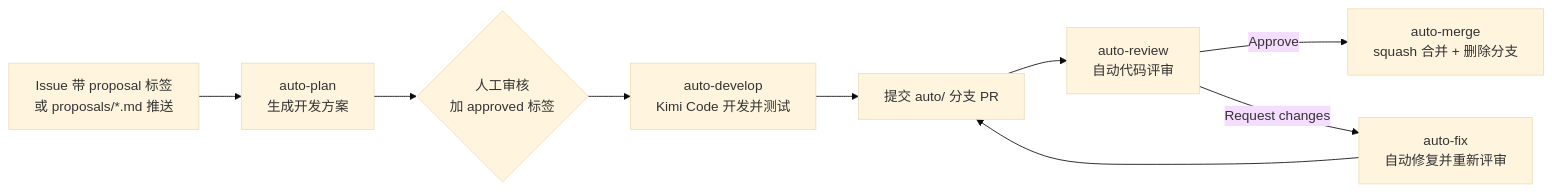
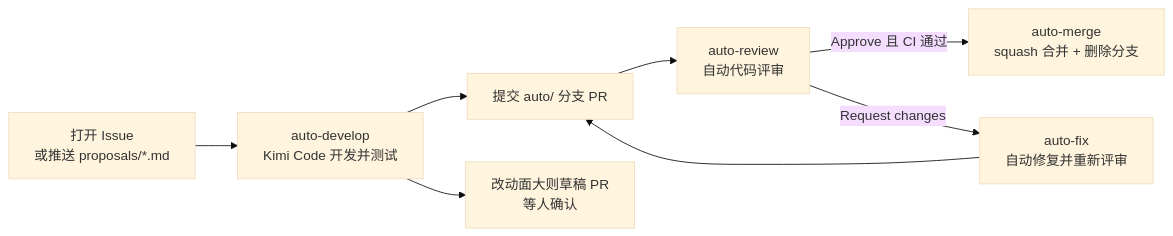
One commit to GD-SaiKen/IPQC changed the diagram in README.md. Above: the diagram before and after it, drawn with Mermaid (base theme). The commit also changed other lines of this file and 7 other files, not shown here.

````diff
--- a/README.md
+++ b/README.md
@@ -24,11 +24,10 @@
 ```mermaid
 flowchart LR
-    A[Issue 带 proposal 标签<br/>或 proposals/*.md 推送] --> B[auto-plan<br/>生成开发方案]
-    B --> C{人工审核<br/>加 approved 标签}
-    C --> D[auto-develop<br/>Kimi Code 开发并测试]
+    A[打开 Issue<br/>或推送 proposals/*.md] --> D[auto-develop<br/>Kimi Code 开发并测试]
     D --> E[提交 auto/ 分支 PR]
     E --> F[auto-review<br/>自动代码评审]
-    F -- Approve --> G[auto-merge<br/>squash 合并 + 删除分支]
+    F -- Approve 且 CI 通过 --> G[auto-merge<br/>squash 合并 + 删除分支]
     F -- Request changes --> H[auto-fix<br/>自动修复并重新评审]
     H --> E
+    D --> R[改动面大则草稿 PR<br/>等人确认]
 ```
````
